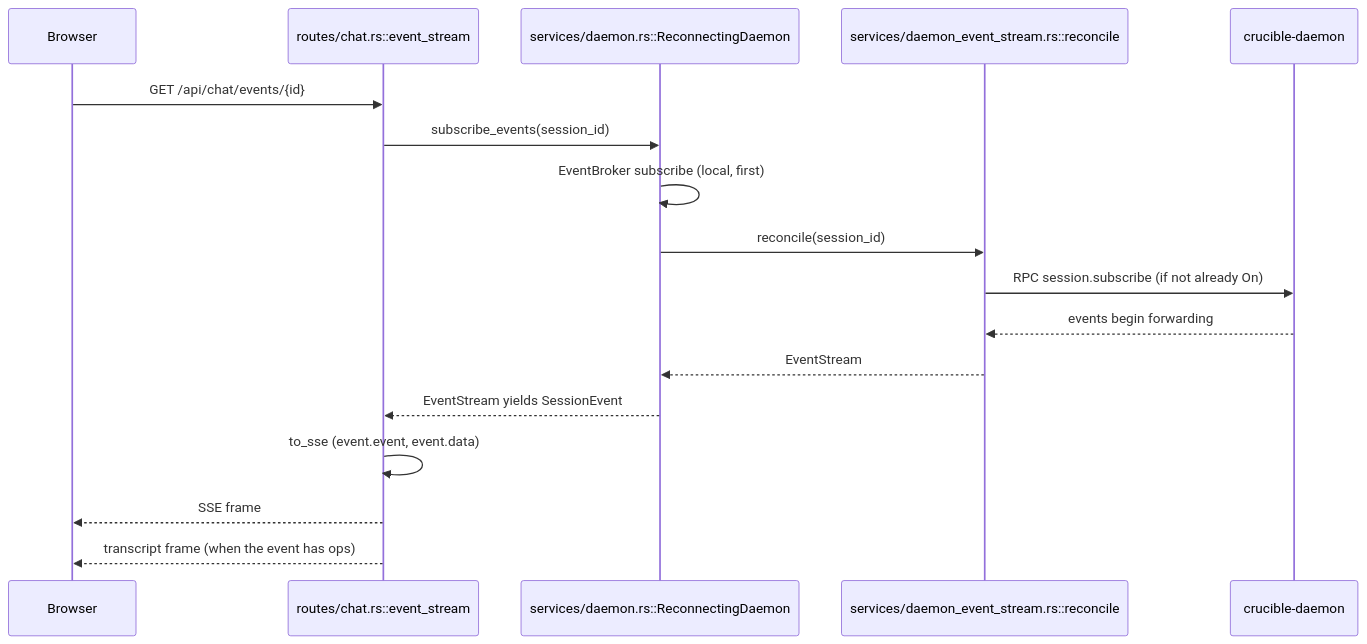
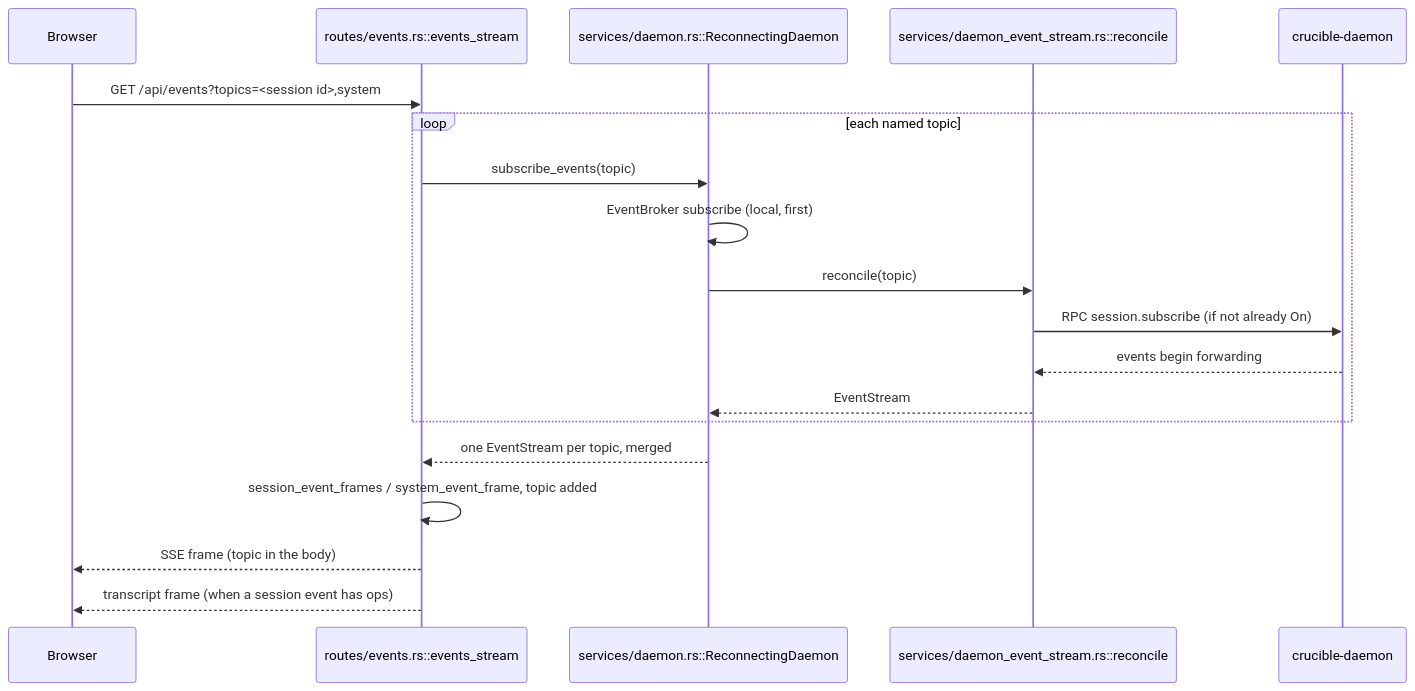
Before and after one commit to Mootikins/crucible: the diagram in docs/Meta/Architecture/Web Server.md, drawn with Mermaid. The commit also changed other lines of this file and 13 other files, not shown here.

First line of the commit message:
refactor(web): serve one SSE route for chat, fs, surfaces and system

````diff
--- a/docs/Meta/Architecture/Web Server.md
+++ b/docs/Meta/Architecture/Web Server.md
@@ -387,20 +394,22 @@
 ```mermaid
 sequenceDiagram
     participant Browser
-    participant Route as routes/chat.rs::event_stream
+    participant Route as routes/events.rs::events_stream
     participant Reconnecting as services/daemon.rs::ReconnectingDaemon
     participant Interest as services/daemon_event_stream.rs::reconcile
     participant CoreDaemon as crucible-daemon
 
-    Browser->>Route: GET /api/chat/events/{id}
-    Route->>Reconnecting: subscribe_events(session_id)
-    Reconnecting->>Reconnecting: EventBroker subscribe (local, first)
-    Reconnecting->>Interest: reconcile(session_id)
-    Interest->>CoreDaemon: RPC session.subscribe (if not already On)
-    CoreDaemon-->>Interest: events begin forwarding
-    Interest-->>Reconnecting: EventStream
-    Reconnecting-->>Route: EventStream yields SessionEvent
-    Route->>Route: to_sse (event.event, event.data)
-    Route-->>Browser: SSE frame
-    Route-->>Browser: transcript frame (when the event has ops)
+    Browser->>Route: GET /api/events?topics=<session id>,system
+    loop each named topic
+        Route->>Reconnecting: subscribe_events(topic)
+        Reconnecting->>Reconnecting: EventBroker subscribe (local, first)
+        Reconnecting->>Interest: reconcile(topic)
+        Interest->>CoreDaemon: RPC session.subscribe (if not already On)
+        CoreDaemon-->>Interest: events begin forwarding
+        Interest-->>Reconnecting: EventStream
+    end
+    Reconnecting-->>Route: one EventStream per topic, merged
+    Route->>Route: session_event_frames / system_event_frame, topic added
+    Route-->>Browser: SSE frame (topic in the body)
+    Route-->>Browser: transcript frame (when a session event has ops)
 ```
````
